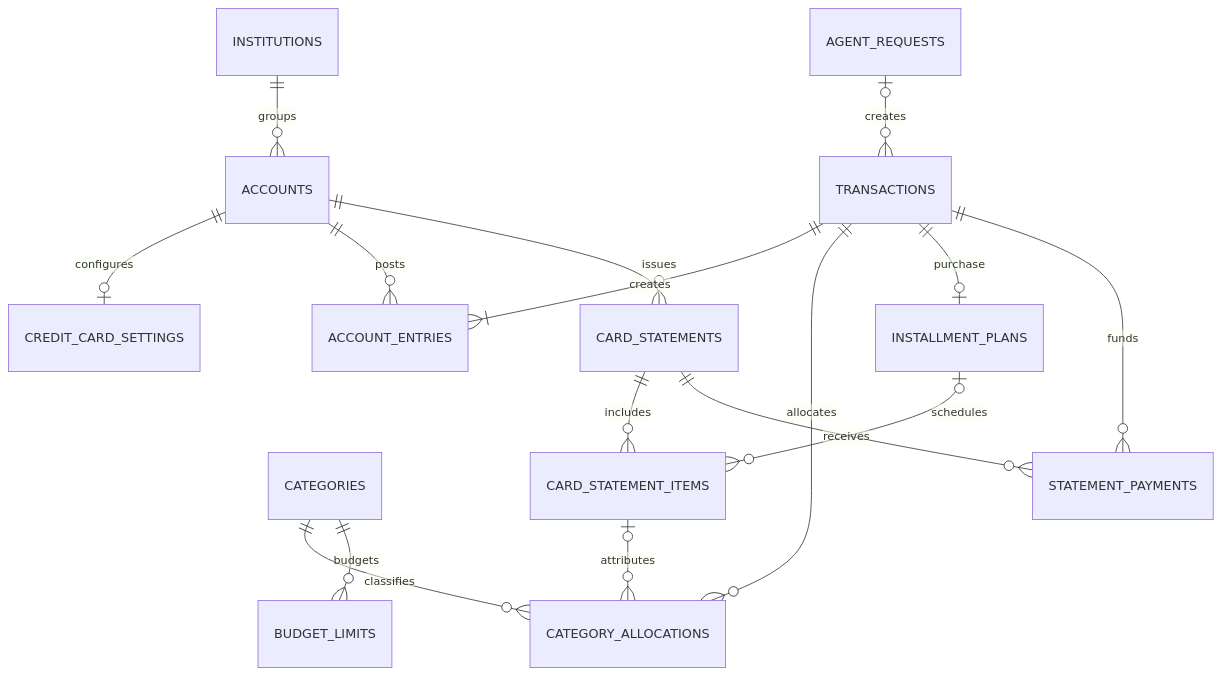
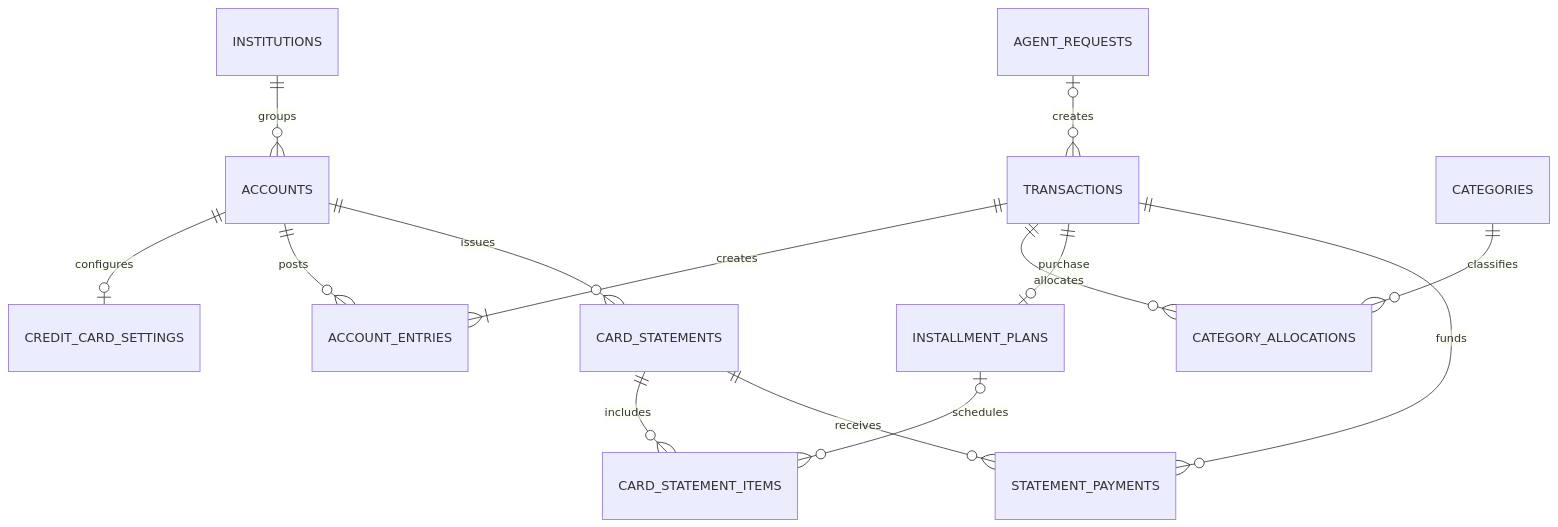
One commit to gdsantana/marvin-project changed the first of 2 diagrams in docs/data-model.md. Above: the diagram before and after it, drawn with Mermaid. The commit also changed other lines of this file and 6 other files, not shown here.

````diff
--- a/docs/data-model.md
+++ b/docs/data-model.md
@@ -87,18 +88,16 @@
 ```mermaid
 erDiagram
   INSTITUTIONS ||--o{ ACCOUNTS : groups
   ACCOUNTS ||--o| CREDIT_CARD_SETTINGS : configures
   ACCOUNTS ||--o{ ACCOUNT_ENTRIES : posts
   TRANSACTIONS ||--|{ ACCOUNT_ENTRIES : creates
   CATEGORIES ||--o{ CATEGORY_ALLOCATIONS : classifies
   TRANSACTIONS ||--o{ CATEGORY_ALLOCATIONS : allocates
   TRANSACTIONS ||--o| INSTALLMENT_PLANS : purchase
   ACCOUNTS ||--o{ CARD_STATEMENTS : issues
   INSTALLMENT_PLANS o|--o{ CARD_STATEMENT_ITEMS : schedules
   CARD_STATEMENTS ||--o{ CARD_STATEMENT_ITEMS : includes
-  CARD_STATEMENT_ITEMS o|--o{ CATEGORY_ALLOCATIONS : attributes
   CARD_STATEMENTS ||--o{ STATEMENT_PAYMENTS : receives
   TRANSACTIONS ||--o{ STATEMENT_PAYMENTS : funds
-  CATEGORIES ||--o{ BUDGET_LIMITS : budgets
   AGENT_REQUESTS o|--o{ TRANSACTIONS : creates
 ```
````
